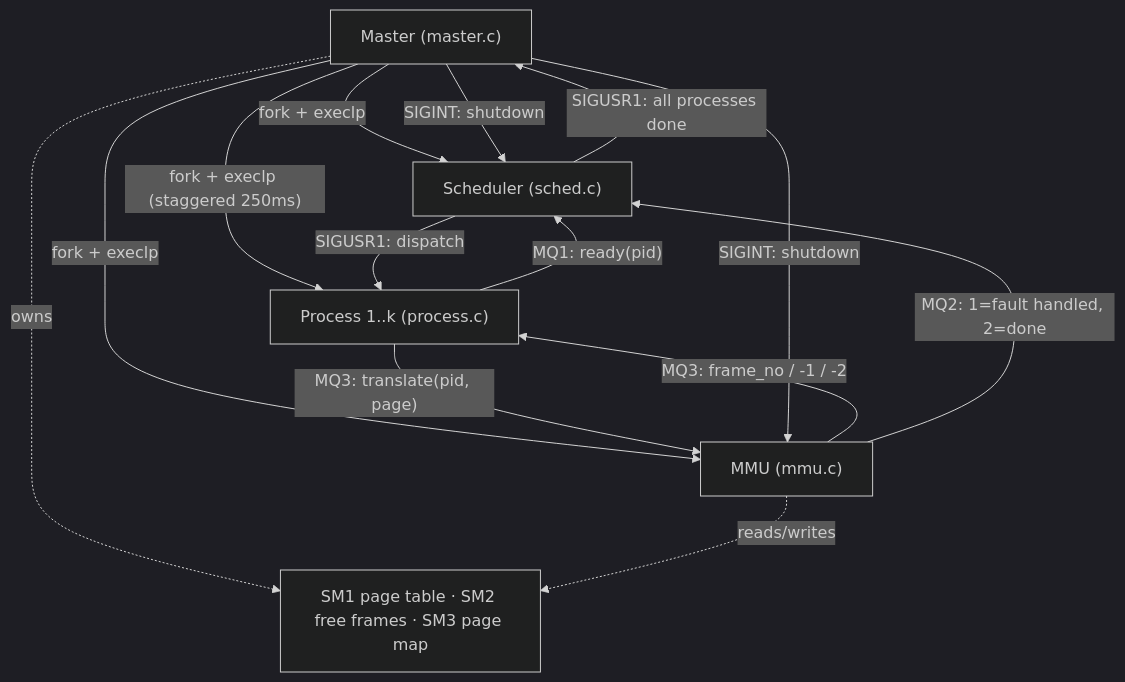
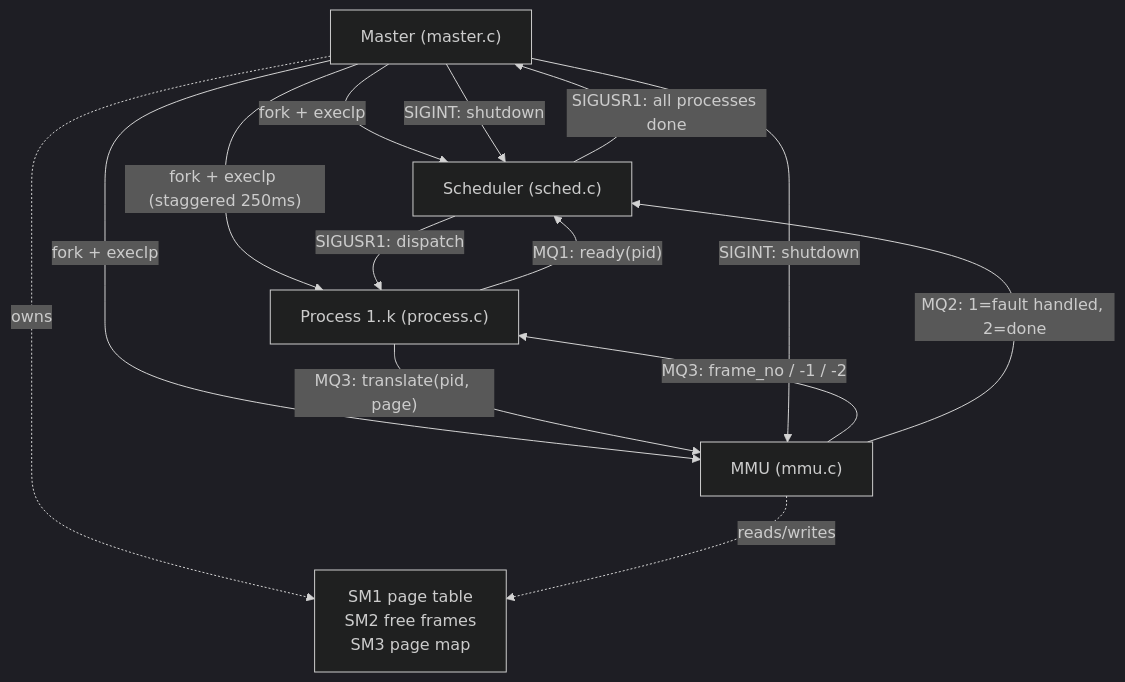
Before and after one commit to amanjuneja420/virtual-memory-simulation: the first of 3 diagrams in README.md, drawn with Mermaid (dark theme). The commit also changed other lines of this file, not shown here.

First line of the commit message:
Fix mermaid flowchart text overflow with explicit <br/> line breaks

````diff
--- a/README.md
+++ b/README.md
@@ -21,23 +21,23 @@
 ```mermaid
 graph TD
     Master["Master (master.c)"]
     Sched["Scheduler (sched.c)"]
     MMU["MMU (mmu.c)"]
     P1["Process 1..k (process.c)"]
 
     Master -- "fork + execlp" --> Sched
     Master -- "fork + execlp" --> MMU
     Master -- "fork + execlp (staggered 250ms)" --> P1
 
     P1 -- "MQ1: ready(pid)" --> Sched
     Sched -- "SIGUSR1: dispatch" --> P1
     P1 -- "MQ3: translate(pid, page)" --> MMU
     MMU -- "MQ3: frame_no / -1 / -2" --> P1
     MMU -- "MQ2: 1=fault handled, 2=done" --> Sched
     Sched -- "SIGUSR1: all processes done" --> Master
     Master -- "SIGINT: shutdown" --> Sched
     Master -- "SIGINT: shutdown" --> MMU
 
-    Master -.->|owns| SM["SM1 page table · SM2 free frames · SM3 page map"]
+    Master -.->|owns| SM["SM1 page table<br/>SM2 free frames<br/>SM3 page map"]
     MMU -.->|reads/writes| SM
 ```
````
